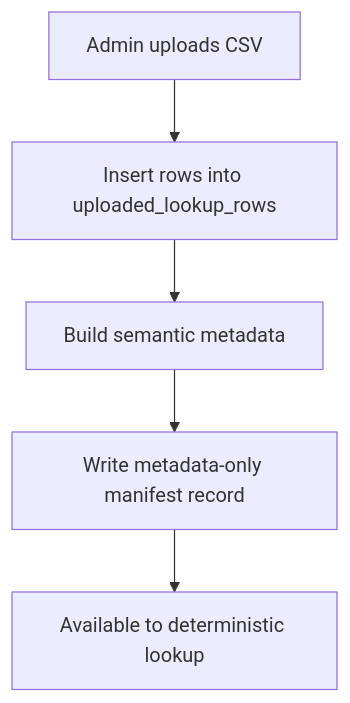
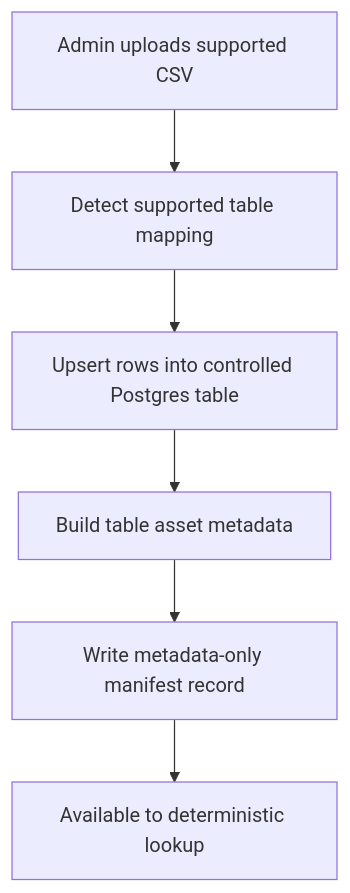
One commit to sabin262/dstrmaysam-heakthcare-knowledge-agent-multi-agent changed the fourth of 4 diagrams in docs/system_summary.md. Above: the diagram before and after it, drawn with Mermaid. The commit also changed other lines of this file and 4 other files, not shown here.

````diff
--- a/docs/system_summary.md
+++ b/docs/system_summary.md
@@ -436,7 +436,8 @@
 ```mermaid
 flowchart TD
-    Upload["Admin uploads CSV"] --> Rows["Insert rows into uploaded_lookup_rows"]
-    Rows --> Metadata["Build semantic metadata"]
+    Upload["Admin uploads supported CSV"] --> Validate["Detect supported table mapping"]
+    Validate --> Upsert["Upsert rows into controlled Postgres table"]
+    Upsert --> Metadata["Build table asset metadata"]
     Metadata --> Manifest["Write metadata-only manifest record"]
     Manifest --> Lookup["Available to deterministic lookup"]
 ```
````
